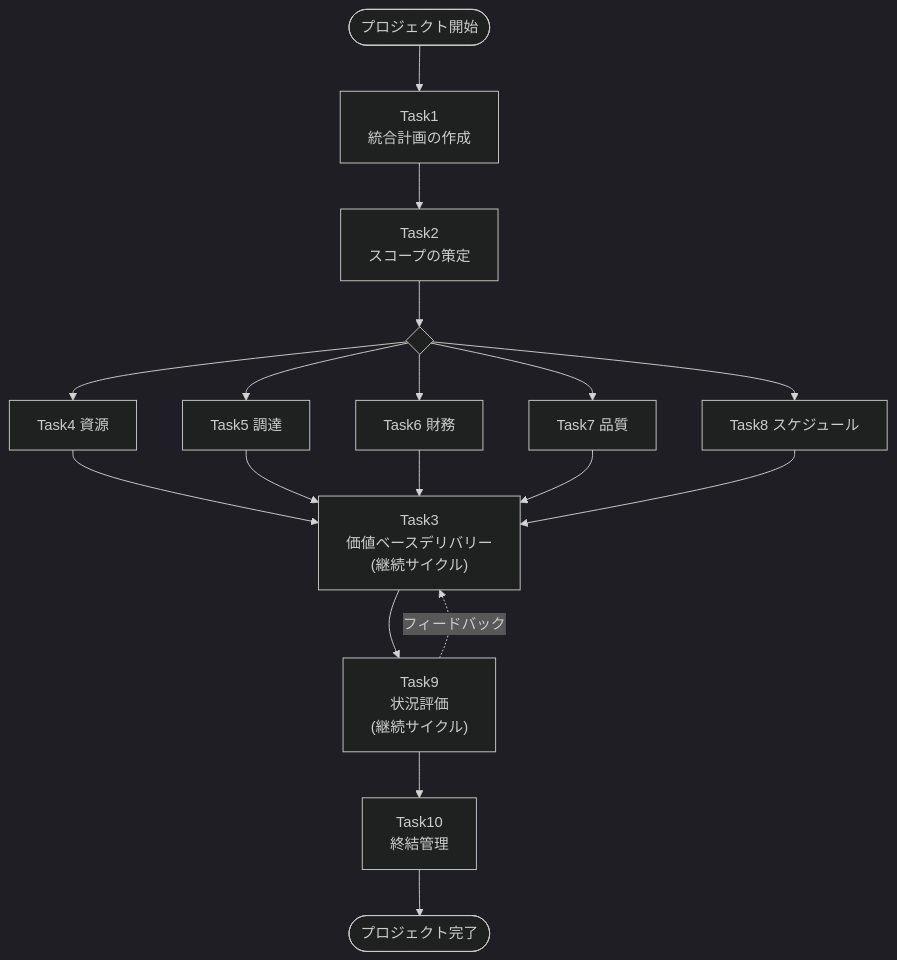
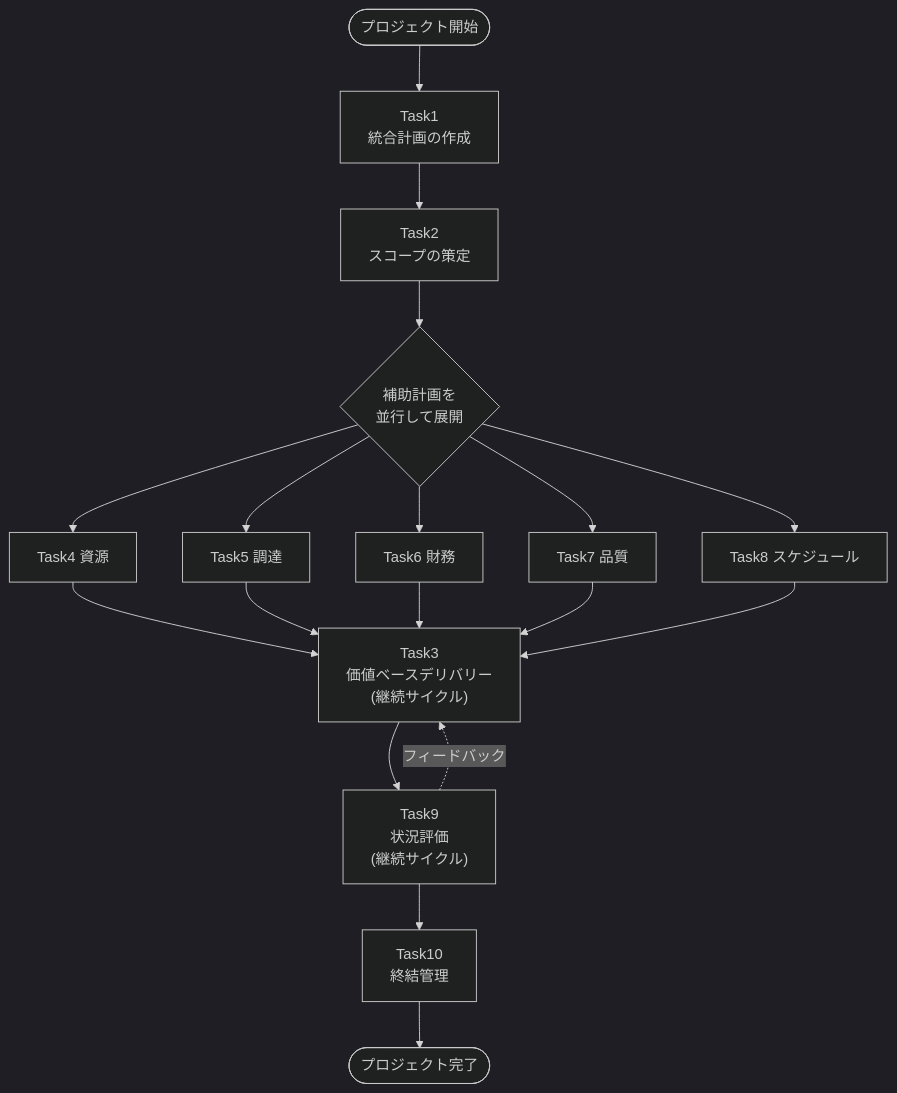
The tenth of 10 diagrams in Pmp-domain2-process-guide.md (myoshi2891/Management-Team-Building-Studies), drawn with Mermaid (dark theme) before and after one commit. The commit also changed other lines of this file, not shown here.

````diff
--- a/Pmp-domain2-process-guide.md
+++ b/Pmp-domain2-process-guide.md
@@ -578,20 +582,20 @@
 ```mermaid
 flowchart TB
     START(["プロジェクト開始"]) --> T1["Task1<br/>統合計画の作成"]
     T1 --> T2["Task2<br/>スコープの策定"]
-    T2 --> BRANCH{" "}
+    T2 --> BRANCH{"補助計画を<br/>並行して展開"}
     BRANCH --> T4["Task4 資源"]
     BRANCH --> T5["Task5 調達"]
     BRANCH --> T6["Task6 財務"]
     BRANCH --> T7["Task7 品質"]
     BRANCH --> T8["Task8 スケジュール"]
     T4 --> T3["Task3<br/>価値ベースデリバリー<br/>(継続サイクル)"]
     T5 --> T3
     T6 --> T3
     T7 --> T3
     T8 --> T3
     T3 --> T9["Task9<br/>状況評価<br/>(継続サイクル)"]
     T9 -.->|フィードバック| T3
     T9 --> T10["Task10<br/>終結管理"]
     T10 --> END(["プロジェクト完了"])
 ```
````
